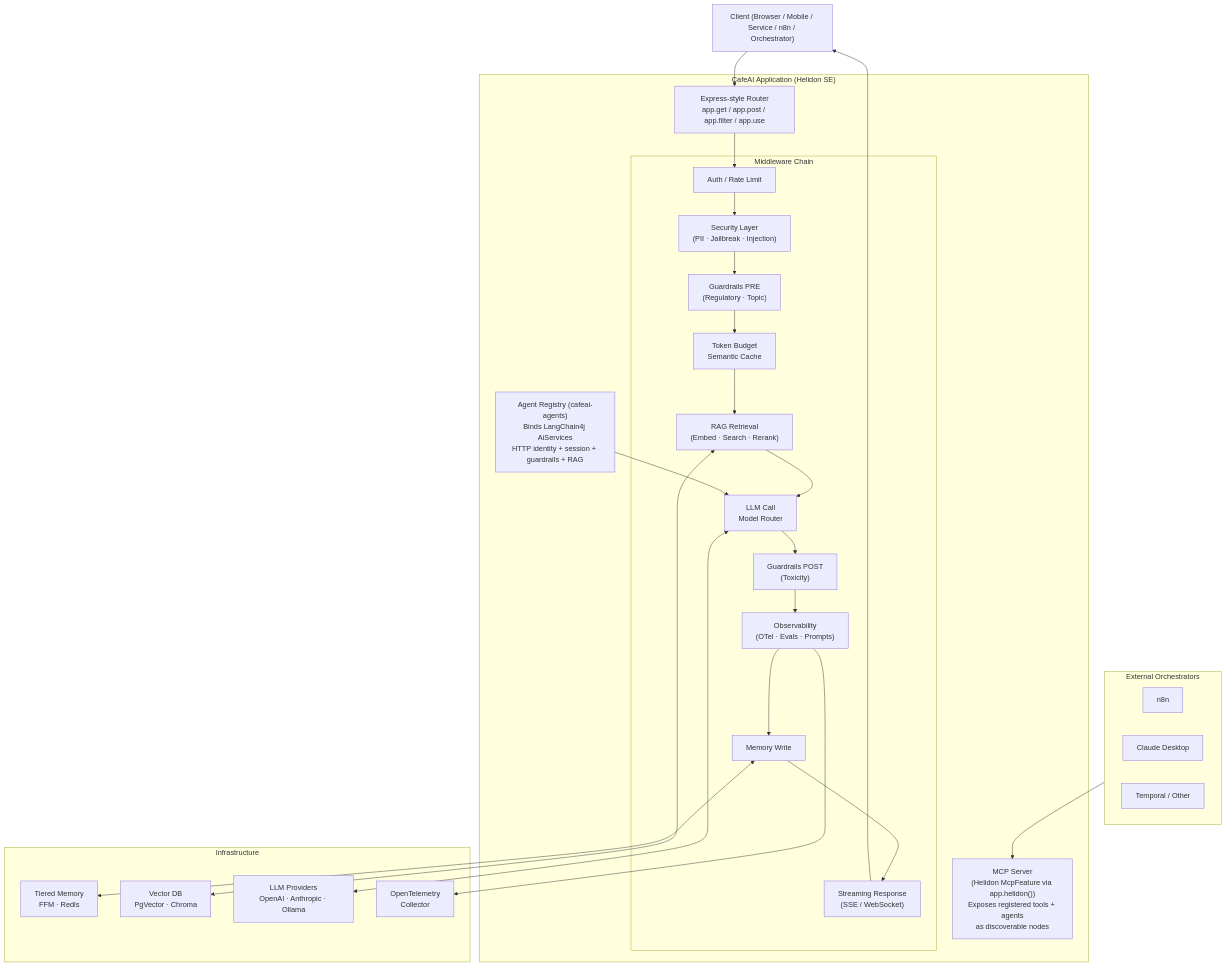
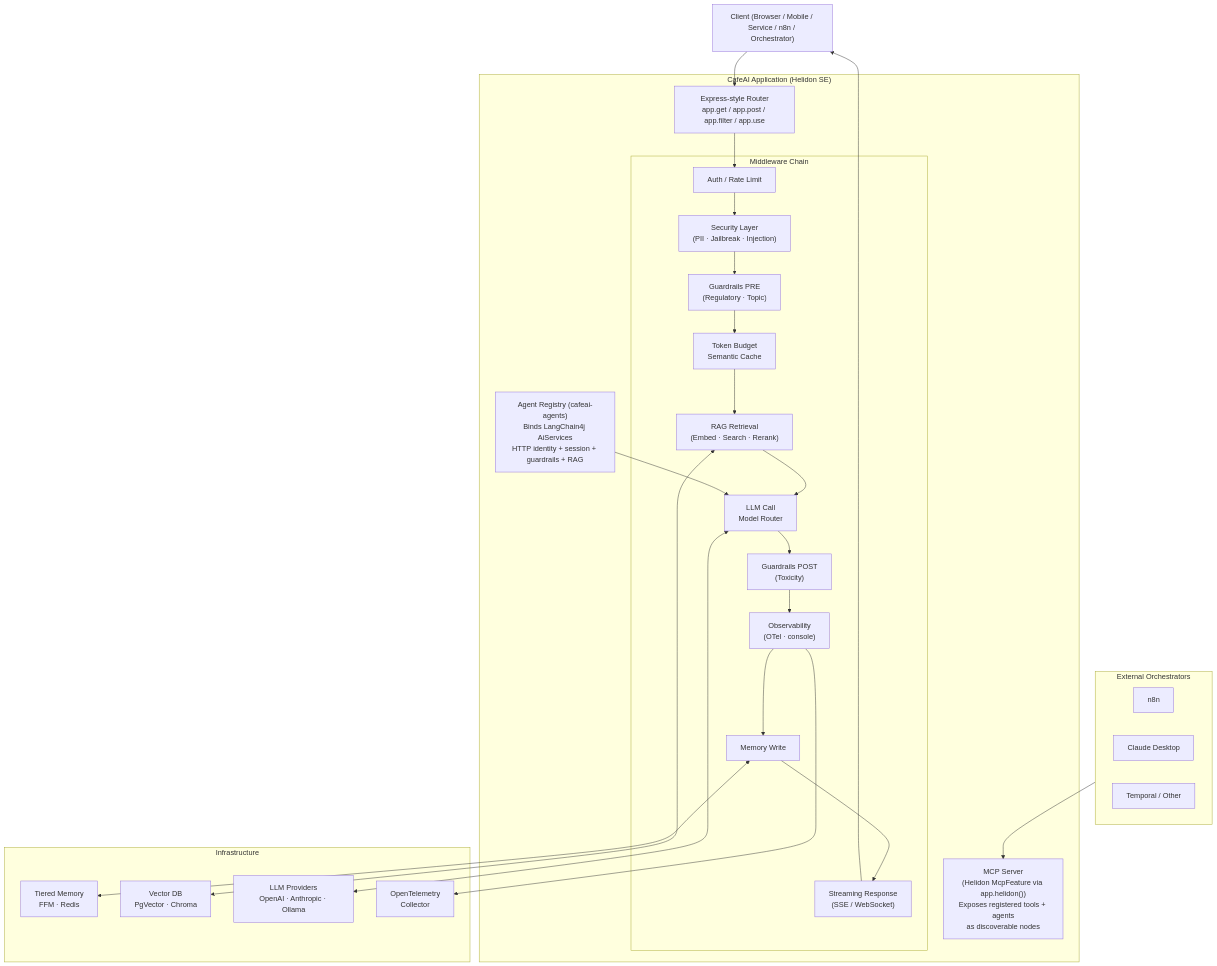
Before and after one commit to akilisha/cafeai: the diagram in docs/SPEC.md, drawn with Mermaid. The commit also changed other lines of this file and 15 other files, not shown here.

````diff
--- a/docs/SPEC.md
+++ b/docs/SPEC.md
@@ -108,49 +108,49 @@
 ```mermaid
 graph TD
     Client["Client (Browser / Mobile / Service / n8n / Orchestrator)"]
 
     subgraph CafeAI["CafeAI Application (Helidon SE)"]
         Router["Express-style Router\napp.get / app.post / app.filter / app.use"]
 
         subgraph MW["Middleware Chain"]
             Auth["Auth / Rate Limit"]
             Security["Security Layer\n(PII · Jailbreak · Injection)"]
             GuardPre["Guardrails PRE\n(Regulatory · Topic)"]
             Cost["Token Budget\nSemantic Cache"]
             RAG["RAG Retrieval\n(Embed · Search · Rerank)"]
             LLM["LLM Call\nModel Router"]
             GuardPost["Guardrails POST\n(Toxicity)"]
-            Observe["Observability\n(OTel · Evals · Prompts)"]
+            Observe["Observability\n(OTel · console)"]
             MemWrite["Memory Write"]
             Stream["Streaming Response\n(SSE / WebSocket)"]
         end
 
         MCP["MCP Server\n(Helidon McpFeature via app.helidon())\nExposes registered tools + agents\nas discoverable nodes"]
         Agents["Agent Registry (cafeai-agents)\nBinds LangChain4j AiServices\nHTTP identity + session + guardrails + RAG"]
 
         Router --> Auth --> Security --> GuardPre --> Cost --> RAG --> LLM
         LLM --> GuardPost --> Observe --> MemWrite --> Stream
     end
 
     subgraph Infra["Infrastructure"]
         MemTier["Tiered Memory\nFFM · Redis"]
         VectorDB["Vector DB\nPgVector · Chroma"]
         Providers["LLM Providers\nOpenAI · Anthropic · Ollama"]
         OTel["OpenTelemetry\nCollector"]
     end
 
     subgraph External["External Orchestrators"]
         N8N["n8n"]
         Claude["Claude Desktop"]
         Temporal["Temporal / Other"]
     end
 
     Client --> Router
     Stream --> Client
     External --> MCP
     MemWrite <--> MemTier
     RAG <--> VectorDB
     LLM <--> Providers
     Observe --> OTel
     Agents --> LLM
 ```
````
